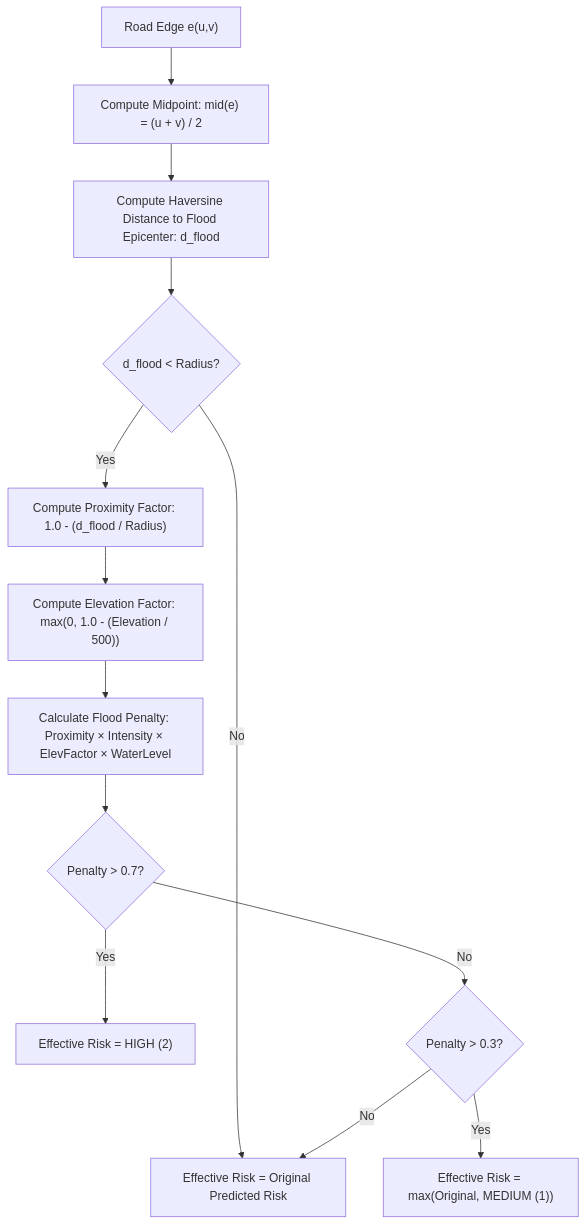
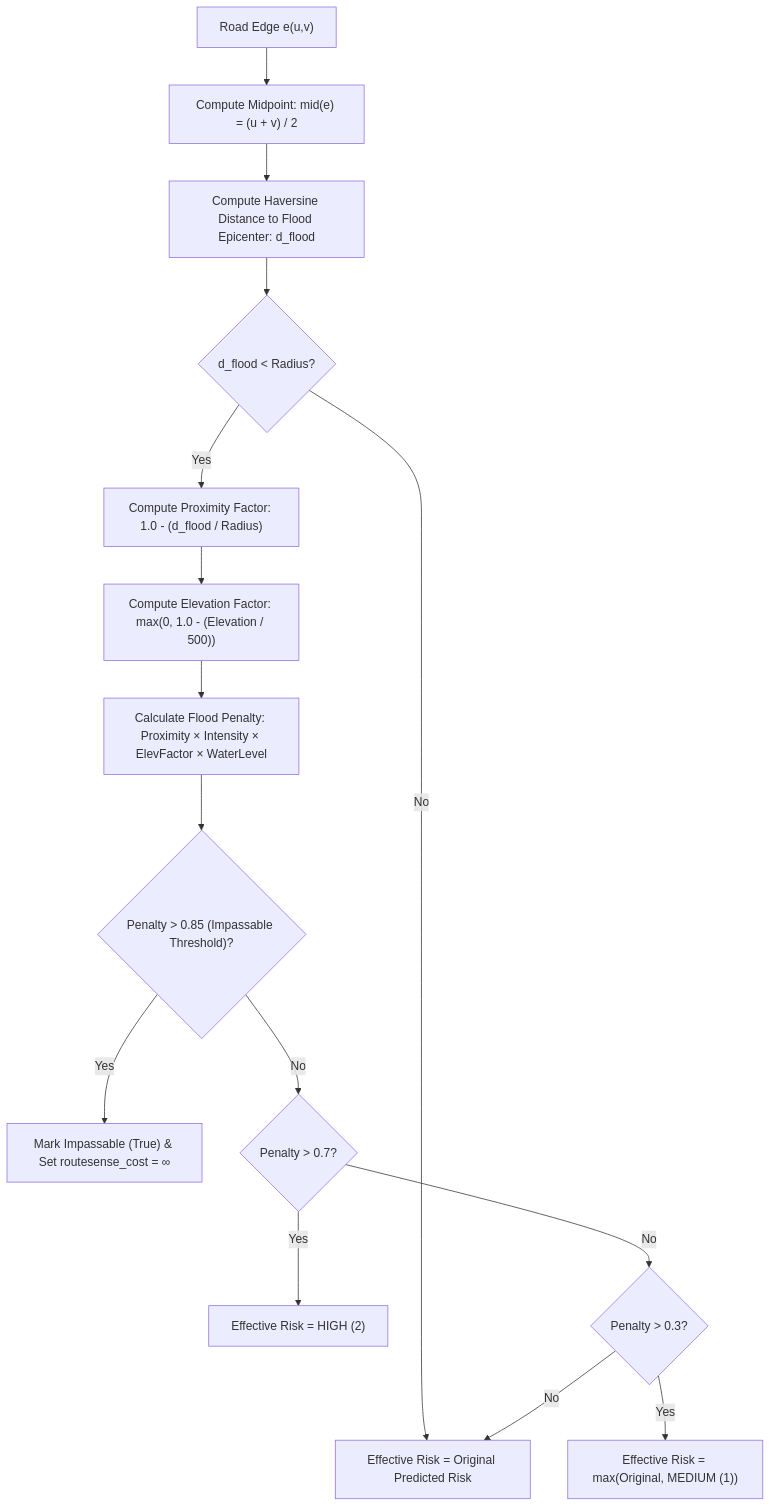
The fourth of 5 diagrams in doc.md (i-mcriz/Routesense), drawn with Mermaid before and after one commit. The commit also changed other lines of this file and 22 other files, not shown here.

````diff
--- a/doc.md
+++ b/doc.md
@@ -463,15 +463,17 @@
 ```mermaid
 flowchart TD
     A["Road Edge e(u,v)"] --> B["Compute Midpoint: mid(e) = (u + v) / 2"]
     B --> C["Compute Haversine Distance to Flood Epicenter: d_flood"]
     C --> D{"d_flood < Radius?"}
     D -- No --> E["Effective Risk = Original Predicted Risk"]
     D -- Yes --> F["Compute Proximity Factor: 1.0 - (d_flood / Radius)"]
     F --> G["Compute Elevation Factor: max(0, 1.0 - (Elevation / 500))"]
     G --> H["Calculate Flood Penalty: Proximity × Intensity × ElevFactor × WaterLevel"]
-    H --> I{"Penalty > 0.7?"}
-    I -- Yes --> J["Effective Risk = HIGH (2)"]
-    I -- No --> K{"Penalty > 0.3?"}
-    K -- Yes --> L["Effective Risk = max(Original, MEDIUM (1))"]
-    K -- No --> E
+    H --> I{"Penalty > 0.85 (Impassable Threshold)?"}
+    I -- Yes --> J["Mark Impassable (True) & Set routesense_cost = ∞"]
+    I -- No --> K{"Penalty > 0.7?"}
+    K -- Yes --> L["Effective Risk = HIGH (2)"]
+    K -- No --> M{"Penalty > 0.3?"}
+    M -- Yes --> N["Effective Risk = max(Original, MEDIUM (1))"]
+    M -- No --> E
 ```
````
